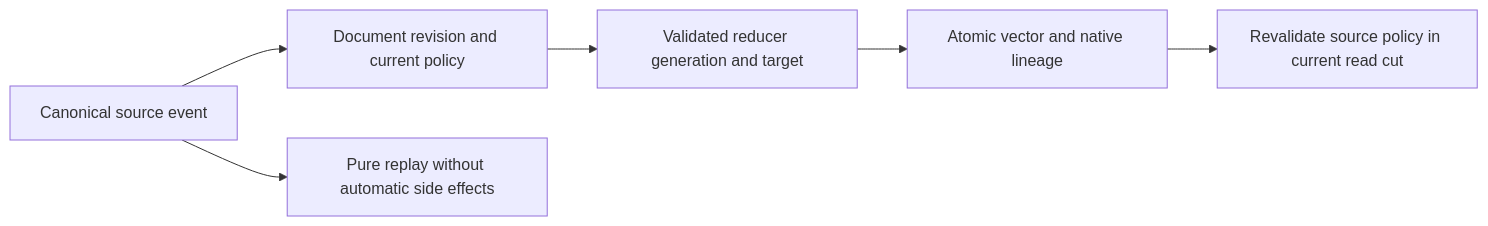
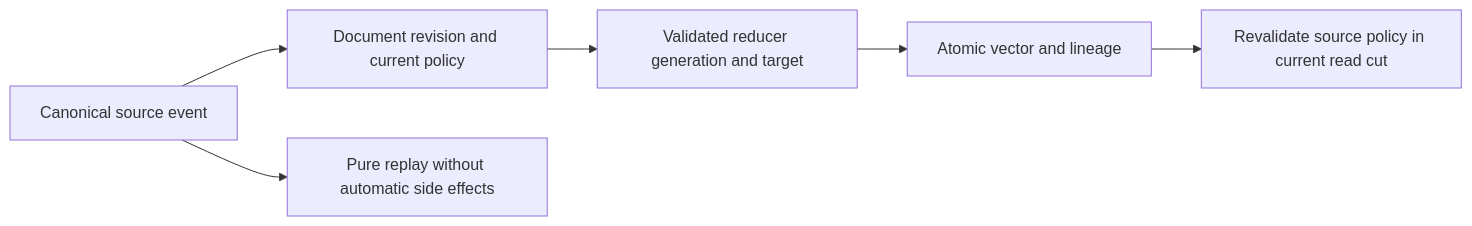
One commit to managedcode/KeyLoad changed the diagram in docs/Features/Search/EventProjectionLineage.md. Above: the diagram before and after it, drawn with Mermaid. The commit also changed other lines of this file and 9016 other files, not shown here.

````diff
--- a/docs/Features/Search/EventProjectionLineage.md
+++ b/docs/Features/Search/EventProjectionLineage.md
@@ -75,8 +75,8 @@
 ```mermaid
 flowchart LR
     Event[Canonical source event] --> Input[Document revision and current policy]
     Input --> Guard[Validated reducer generation and target]
-    Guard --> Commit[Atomic vector and native lineage]
+    Guard --> Commit[Atomic vector and lineage]
     Commit --> Search[Revalidate source policy in current read cut]
     Event --> Replay[Pure replay without automatic side effects]
 ```
````
